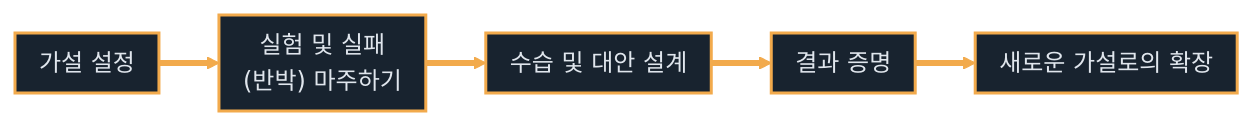
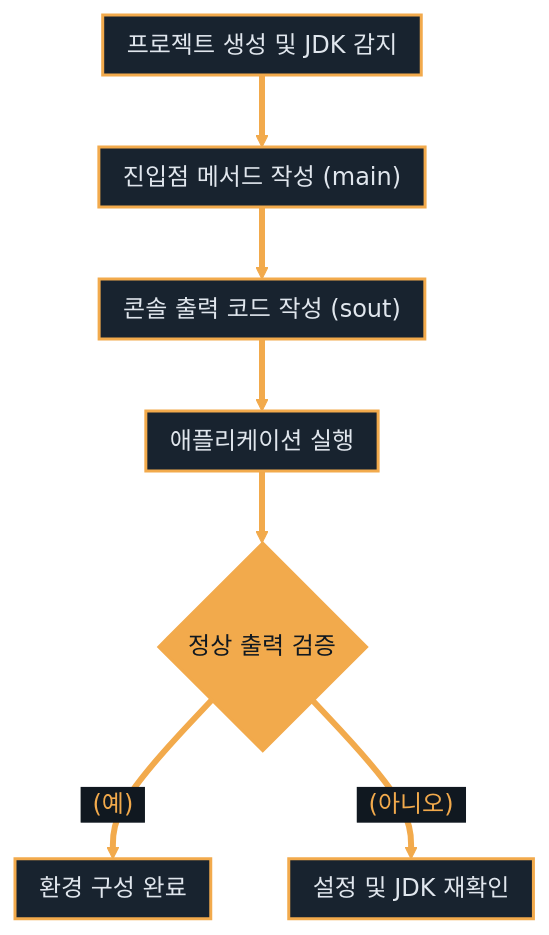
Before and after one commit to qus0in/slide-maker: the diagram in slides.md, drawn with Mermaid. The commit also changed other lines of this file, not shown here.

````diff
--- a/slides.md
+++ b/slides.md
@@ -156,22 +161,26 @@
 ```mermaid
 ---
 config:
   themeVariables:
     lineColor: "#F2AA4C"
     arrowheadColor: "#F2AA4C"
     edgeLabelBackground: "#101820"
   flowchart:
     padding: 8
-    nodeSpacing: 40
-    rankSpacing: 40
+    nodeSpacing: 52
+    rankSpacing: 48
 ---
-flowchart LR
-  A["가설 설정"] --> B["실험 및 실패<br>(반박) 마주하기"]
-  B --> C["수습 및 대안 설계"]
-  C --> D["결과 증명"]
-  D --> E["새로운 가설로의 확장"]
+flowchart TD
+  A["프로젝트 생성 및 JDK 감지"] --> B["진입점 메서드 작성 (main)"]
+  B --> C["콘솔 출력 코드 작성 (sout)"]
+  C --> D["애플리케이션 실행"]
+  D --> E{"정상 출력 검증"}
+  E -->|"<span style='padding:8px;color:#F2AA4C;'>(예)</span>"| F["환경 구성 완료"]
+  E -->|"<span style='padding:8px;color:#F2AA4C;'>(아니오)</span>"| G["설정 및 JDK 재확인"]
 
-  class A,B,C,D,E step
+  class A,B,C,D,F,G step
+  class E start
+  classDef start fill:#F2AA4C,stroke:#F2AA4C,color:#101820,stroke-width:2px
   classDef step fill:#18232F,stroke:#F2AA4C,color:#E0E6ED,stroke-width:2px
   linkStyle default stroke:#F2AA4C,stroke-width:4px
 ```
````
